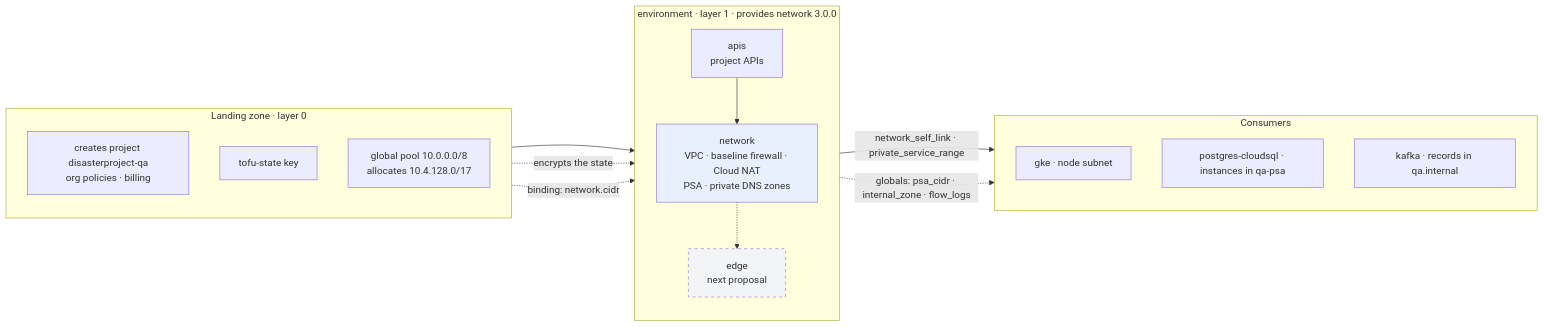
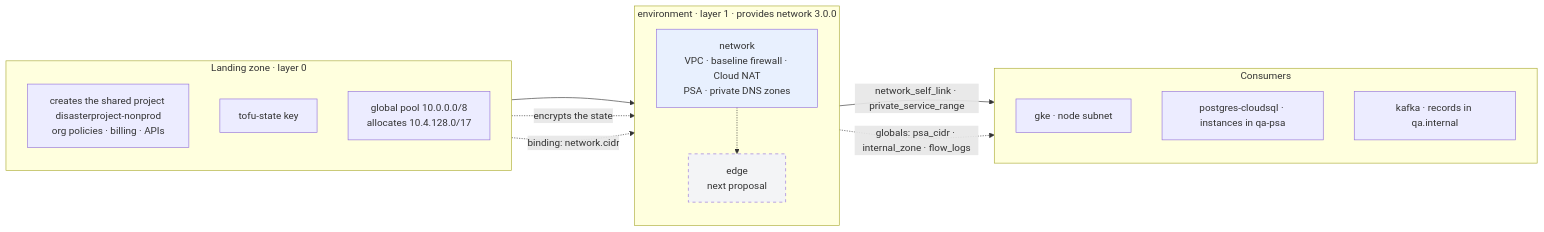
One commit to aescanero/proposal_documents changed the diagram in docs/en/proposals/network-qa/diagrams/01-contexto.mmd. Above: the diagram before and after it, drawn with Mermaid. The commit also changed 137 other files, not shown here.

```diff
--- a/docs/en/proposals/network-qa/diagrams/01-contexto.mmd
+++ b/docs/en/proposals/network-qa/diagrams/01-contexto.mmd
@@ -1,28 +1,27 @@
 flowchart LR
     subgraph LZ["Landing zone · layer 0"]
         direction TB
-        PRJ["creates project disasterproject-qa<br/>org policies · billing"]
+        PRJ["creates the shared project disasterproject-nonprod<br/>org policies · billing · APIs"]
         KEY["tofu-state key"]
         POOL["global pool 10.0.0.0/8<br/>allocates 10.4.128.0/17"]
     end
     subgraph ENV["environment · layer 1 · provides network 3.0.0"]
         direction TB
-        API["apis<br/>project APIs"]
         NET["network<br/>VPC · baseline firewall · Cloud NAT<br/>PSA · private DNS zones"]
         EDGE["edge<br/>next proposal"]
     end
     subgraph CONS["Consumers"]
         direction TB
         GKE["gke · node subnet"]
         SQL["postgres-cloudsql · instances in qa-psa"]
         KAF["kafka · records in qa.internal"]
     end
-    PRJ --> API --> NET
+    PRJ --> NET
     KEY -. "encrypts the state" .-> NET
     POOL -. "binding: network.cidr" .-> NET
     NET -- "network_self_link · private_service_range" --> CONS
     NET -. "globals: psa_cidr · internal_zone · flow_logs" .-> CONS
     NET -.-> EDGE
 
     style NET fill:#e8f0fe
     style EDGE fill:#f3f4f6,stroke-dasharray: 5 5
```
